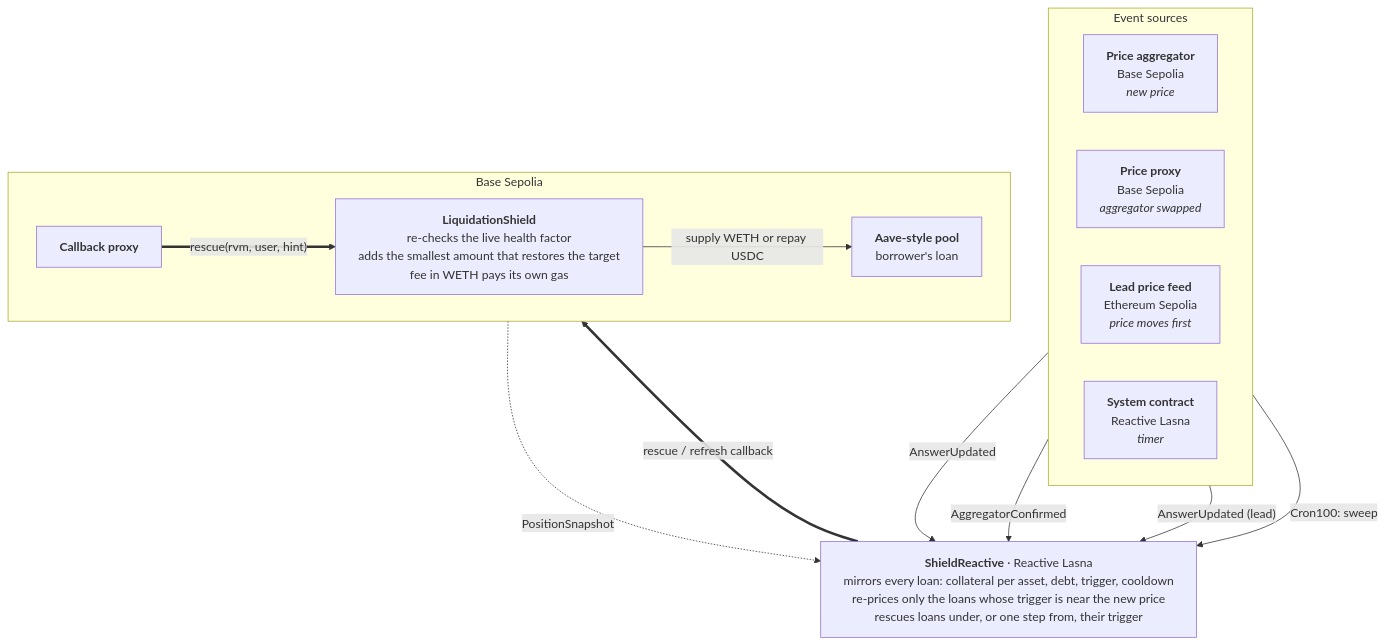
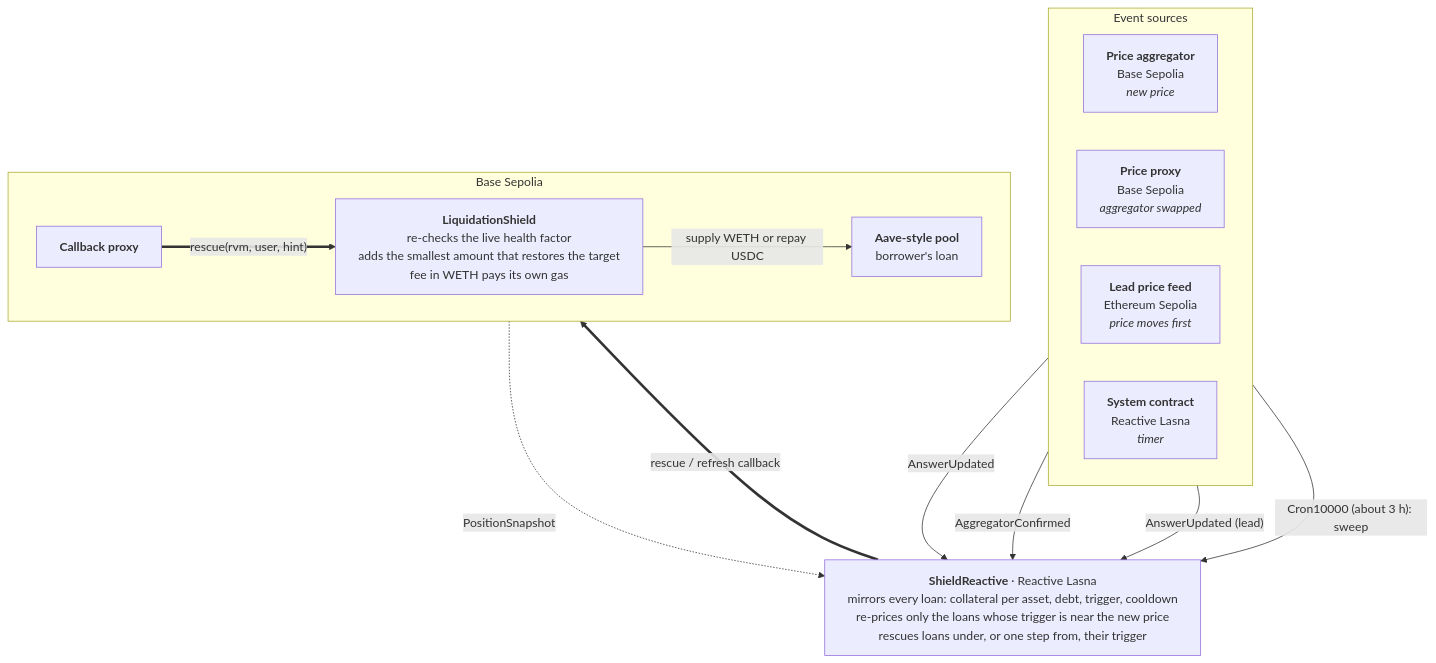
The diagram in README.md (Om-Thanage/Rebound), drawn with Mermaid before and after one commit. The commit also changed other lines of this file and 8 other files, not shown here.

````diff
--- a/README.md
+++ b/README.md
@@ -138,33 +138,33 @@
 ```mermaid
 ---
 config:
   flowchart:
     wrappingWidth: 460
 ---
 flowchart TB
     subgraph SRC["Event sources"]
         direction LR
         AGG["<b>Price aggregator</b><br/>Base Sepolia<br/><i>new price</i>"]
         PROXY["<b>Price proxy</b><br/>Base Sepolia<br/><i>aggregator swapped</i>"]
         LEAD["<b>Lead price feed</b><br/>Ethereum Sepolia<br/><i>price moves first</i>"]
         CRON["<b>System contract</b><br/>Reactive Lasna<br/><i>timer</i>"]
     end
 
     RC["<b>ShieldReactive</b> · Reactive Lasna<br/>mirrors every loan: collateral per asset, debt, trigger, cooldown<br/>re-prices only the loans whose trigger is near the new price<br/>rescues loans under, or one step from, their trigger"]
 
     subgraph BASE["Base Sepolia"]
         direction LR
         CP["<b>Callback proxy</b>"]
         LS["<b>LiquidationShield</b><br/>re-checks the live health factor<br/>adds the smallest amount that restores the target<br/>fee in WETH pays its own gas"]
         POOL["<b>Aave-style pool</b><br/>borrower's loan"]
     end
 
     AGG -- "AnswerUpdated" --> RC
     PROXY -- "AggregatorConfirmed" --> RC
     LEAD -- "AnswerUpdated (lead)" --> RC
-    CRON -- "Cron100: sweep" --> RC
+    CRON -- "Cron10000 (about 3 h): sweep" --> RC
     RC == "rescue / refresh callback" ==> CP
     CP == "rescue(rvm, user, hint)" ==> LS
     LS -- "supply WETH or repay USDC" --> POOL
     LS -. "PositionSnapshot" .-> RC
 ```
````
